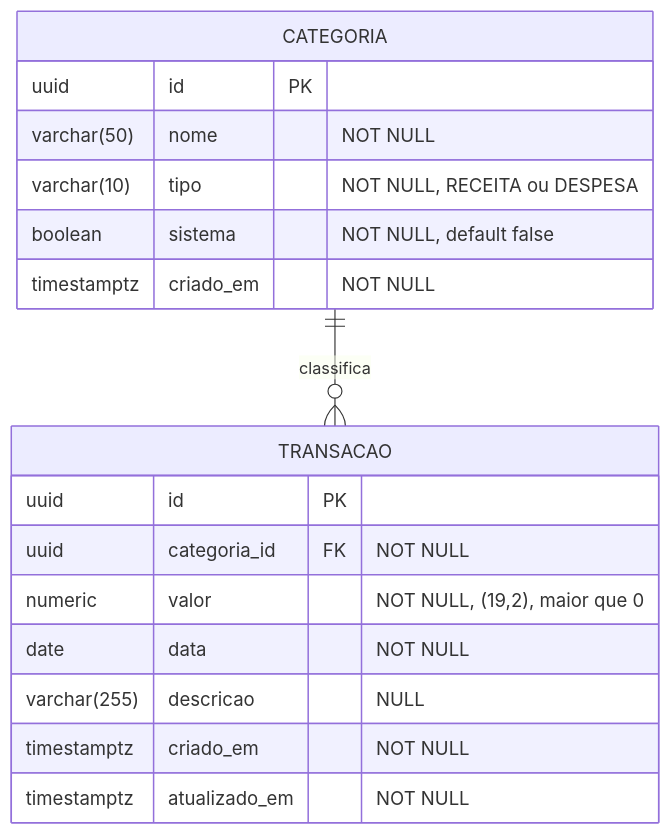
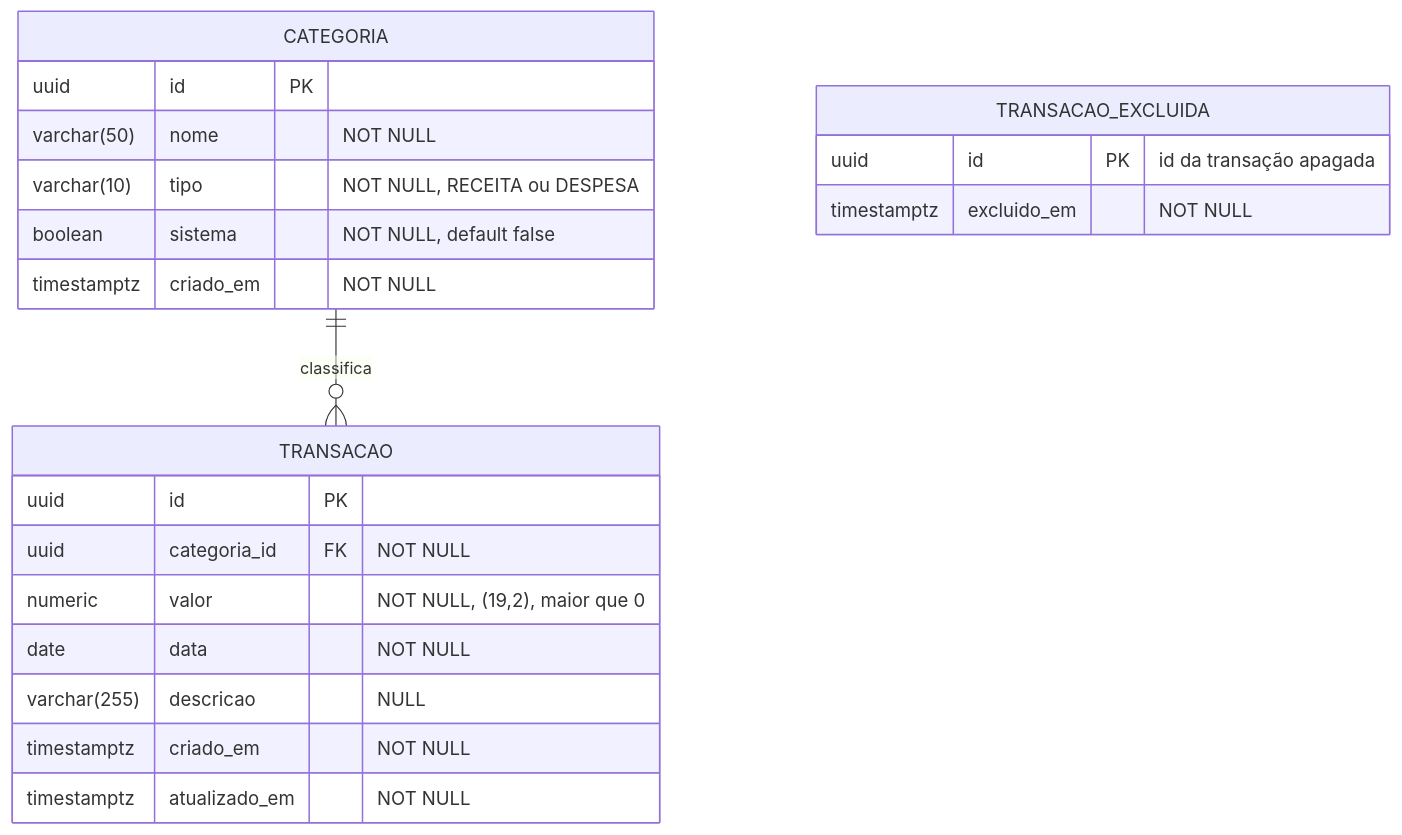
The first of 2 diagrams in docs/architecture/domain-model.md (IgorPacheco1/Easy-finance), drawn with Mermaid before and after one commit. The commit also changed other lines of this file and 12 other files, not shown here.

````diff
--- a/docs/architecture/domain-model.md
+++ b/docs/architecture/domain-model.md
@@ -31,22 +33,27 @@
 ```mermaid
 erDiagram
     CATEGORIA ||--o{ TRANSACAO : "classifica"
 
     CATEGORIA {
         uuid id PK
         varchar(50) nome "NOT NULL"
         varchar(10) tipo "NOT NULL, RECEITA ou DESPESA"
         boolean sistema "NOT NULL, default false"
         timestamptz criado_em "NOT NULL"
     }
 
     TRANSACAO {
         uuid id PK
         uuid categoria_id FK "NOT NULL"
         numeric valor "NOT NULL, (19,2), maior que 0"
         date data "NOT NULL"
         varchar(255) descricao "NULL"
         timestamptz criado_em "NOT NULL"
         timestamptz atualizado_em "NOT NULL"
     }
+
+    TRANSACAO_EXCLUIDA {
+        uuid id PK "id da transação apagada"
+        timestamptz excluido_em "NOT NULL"
+    }
 ```
````
